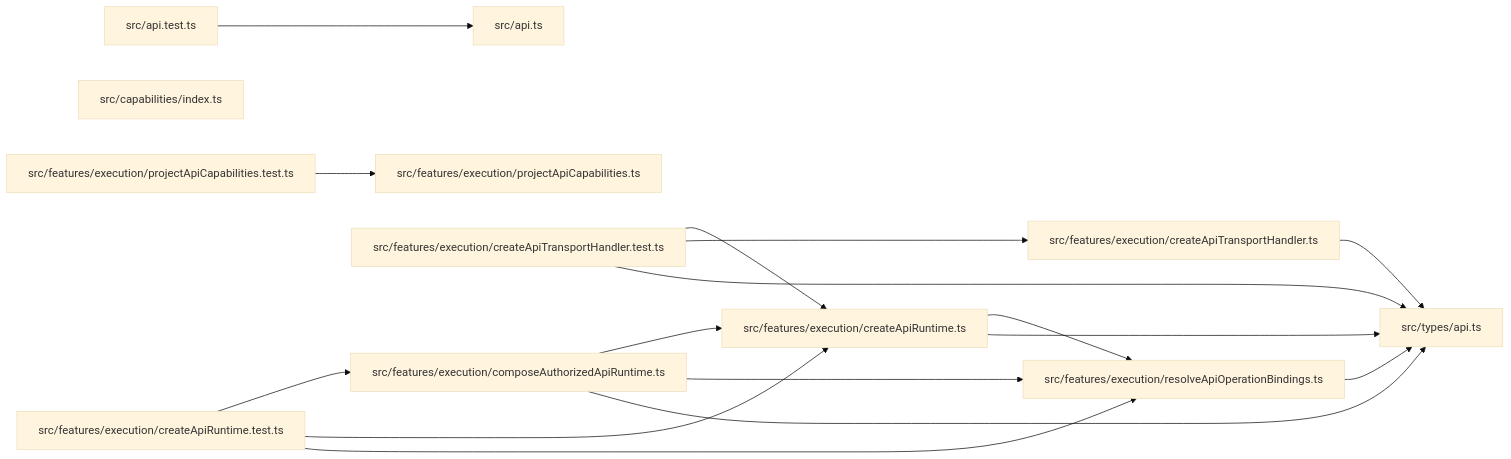
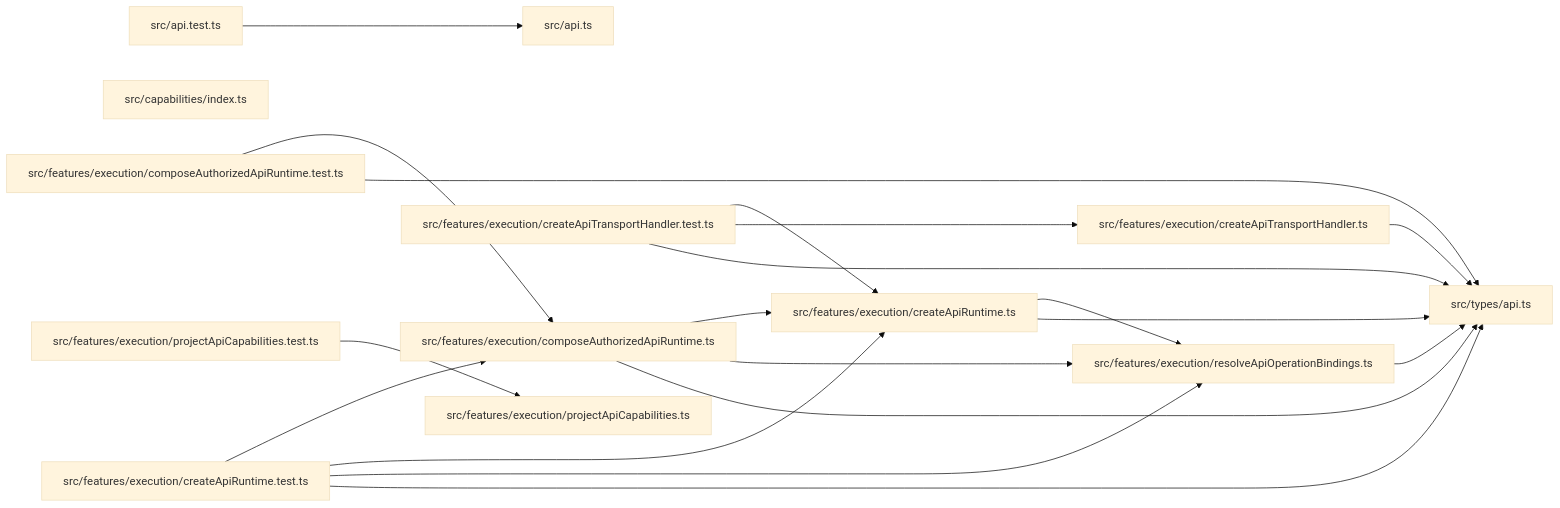
One commit to ankhorage/api changed the diagram in paradox/diagrams/module-relationships.mmd. Above: the diagram before and after it, drawn with Mermaid (base theme). The commit also changed 12 other files, not shown here.

```diff
--- a/paradox/diagrams/module-relationships.mmd
+++ b/paradox/diagrams/module-relationships.mmd
@@ -1,28 +1,32 @@
 graph LR
   module_src_api_test_ts["src/api.test.ts"]
   module_src_api_ts["src/api.ts"]
   module_src_capabilities_index_ts["src/capabilities/index.ts"]
+  module_src_features_execution_composeAuthorizedApiRuntime_test_ts["src/features/execution/composeAuthorizedApiRuntime.test.ts"]
   module_src_features_execution_composeAuthorizedApiRuntime_ts["src/features/execution/composeAuthorizedApiRuntime.ts"]
   module_src_features_execution_createApiRuntime_test_ts["src/features/execution/createApiRuntime.test.ts"]
   module_src_features_execution_createApiRuntime_ts["src/features/execution/createApiRuntime.ts"]
   module_src_features_execution_createApiTransportHandler_test_ts["src/features/execution/createApiTransportHandler.test.ts"]
   module_src_features_execution_createApiTransportHandler_ts["src/features/execution/createApiTransportHandler.ts"]
   module_src_features_execution_projectApiCapabilities_test_ts["src/features/execution/projectApiCapabilities.test.ts"]
   module_src_features_execution_projectApiCapabilities_ts["src/features/execution/projectApiCapabilities.ts"]
   module_src_features_execution_resolveApiOperationBindings_ts["src/features/execution/resolveApiOperationBindings.ts"]
   module_src_types_api_ts["src/types/api.ts"]
   module_src_api_test_ts --> module_src_api_ts
+  module_src_features_execution_composeAuthorizedApiRuntime_test_ts --> module_src_features_execution_composeAuthorizedApiRuntime_ts
+  module_src_features_execution_composeAuthorizedApiRuntime_test_ts --> module_src_types_api_ts
   module_src_features_execution_composeAuthorizedApiRuntime_ts --> module_src_features_execution_createApiRuntime_ts
   module_src_features_execution_composeAuthorizedApiRuntime_ts --> module_src_features_execution_resolveApiOperationBindings_ts
   module_src_features_execution_composeAuthorizedApiRuntime_ts --> module_src_types_api_ts
   module_src_features_execution_createApiRuntime_test_ts --> module_src_features_execution_composeAuthorizedApiRuntime_ts
   module_src_features_execution_createApiRuntime_test_ts --> module_src_features_execution_createApiRuntime_ts
   module_src_features_execution_createApiRuntime_test_ts --> module_src_features_execution_resolveApiOperationBindings_ts
+  module_src_features_execution_createApiRuntime_test_ts --> module_src_types_api_ts
   module_src_features_execution_createApiRuntime_ts --> module_src_features_execution_resolveApiOperationBindings_ts
   module_src_features_execution_createApiRuntime_ts --> module_src_types_api_ts
   module_src_features_execution_createApiTransportHandler_test_ts --> module_src_features_execution_createApiRuntime_ts
   module_src_features_execution_createApiTransportHandler_test_ts --> module_src_features_execution_createApiTransportHandler_ts
   module_src_features_execution_createApiTransportHandler_test_ts --> module_src_types_api_ts
   module_src_features_execution_createApiTransportHandler_ts --> module_src_types_api_ts
   module_src_features_execution_projectApiCapabilities_test_ts --> module_src_features_execution_projectApiCapabilities_ts
   module_src_features_execution_resolveApiOperationBindings_ts --> module_src_types_api_ts
```
